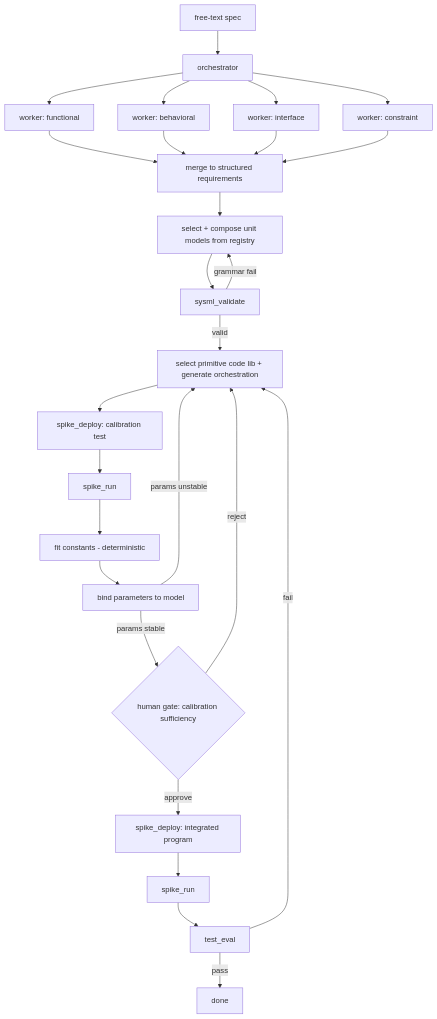
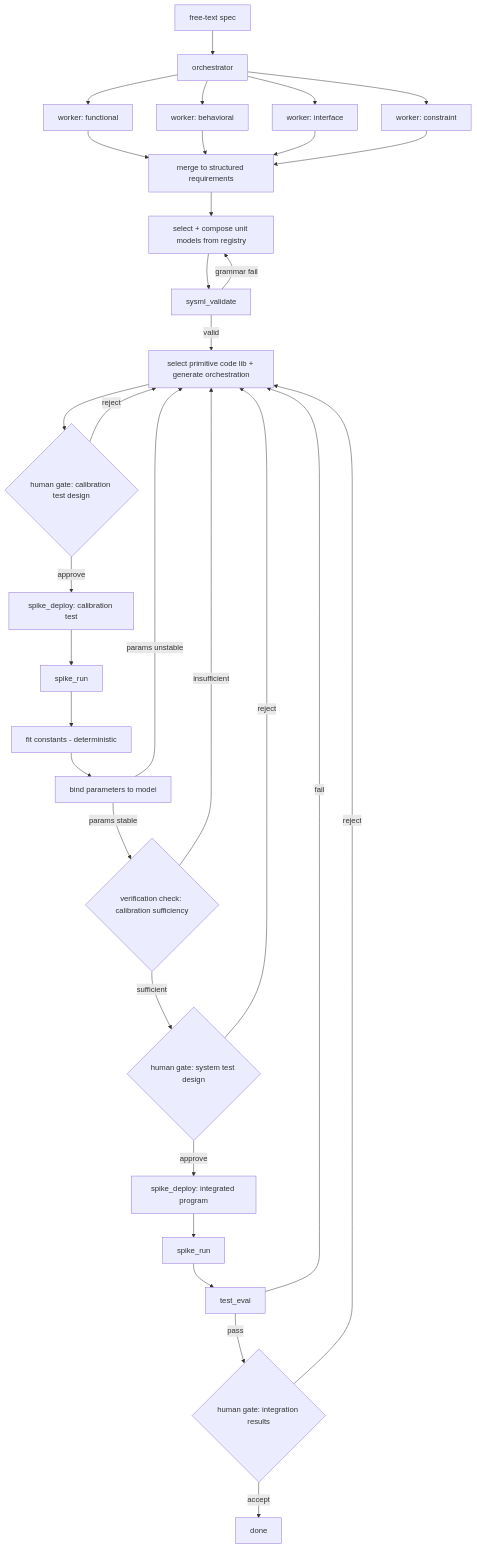
One commit to jarretmorton/Spike-SysML changed the diagram in docs/architecture.md. Above: the diagram before and after it, drawn with Mermaid. The commit also changed other lines of this file and 7 other files, not shown here.

````diff
--- a/docs/architecture.md
+++ b/docs/architecture.md
@@ -25,31 +26,37 @@
 ```mermaid
 flowchart TD
     A[free-text spec] --> B[orchestrator]
     B --> W1[worker: functional]
     B --> W2[worker: behavioral]
     B --> W3[worker: interface]
     B --> W4[worker: constraint]
     W1 --> RQ[merge to structured requirements]
     W2 --> RQ
     W3 --> RQ
     W4 --> RQ
  
     RQ --> SEL[select + compose unit models from registry]
     SEL --> V[sysml_validate]
     V -->|grammar fail| SEL
     V -->|valid| CODE[select primitive code lib + generate orchestration]
  
-    CODE --> CDEP[spike_deploy: calibration test]
+    CODE --> GCAL{human gate: calibration test design}
+    GCAL -->|reject| CODE
+    GCAL -->|approve| CDEP[spike_deploy: calibration test]
     CDEP --> CRUN[spike_run]
     CRUN --> FIT[fit constants - deterministic]
     FIT --> BIND[bind parameters to model]
     BIND -->|params unstable| CODE
-    BIND -->|params stable| GATE{human gate: calibration sufficiency}
+    BIND -->|params stable| VCHK{verification check: calibration sufficiency}
  
-    GATE -->|reject| CODE
-    GATE -->|approve| IDEP[spike_deploy: integrated program]
+    VCHK -->|insufficient| CODE
+    VCHK -->|sufficient| GSYS{human gate: system test design}
+    GSYS -->|reject| CODE
+    GSYS -->|approve| IDEP[spike_deploy: integrated program]
     IDEP --> IRUN[spike_run]
     IRUN --> E[test_eval]
     E -->|fail| CODE
-    E -->|pass| DONE[done]
+    E -->|pass| GACC{human gate: integration results}
+    GACC -->|reject| CODE
+    GACC -->|accept| DONE[done]
 ```
````
